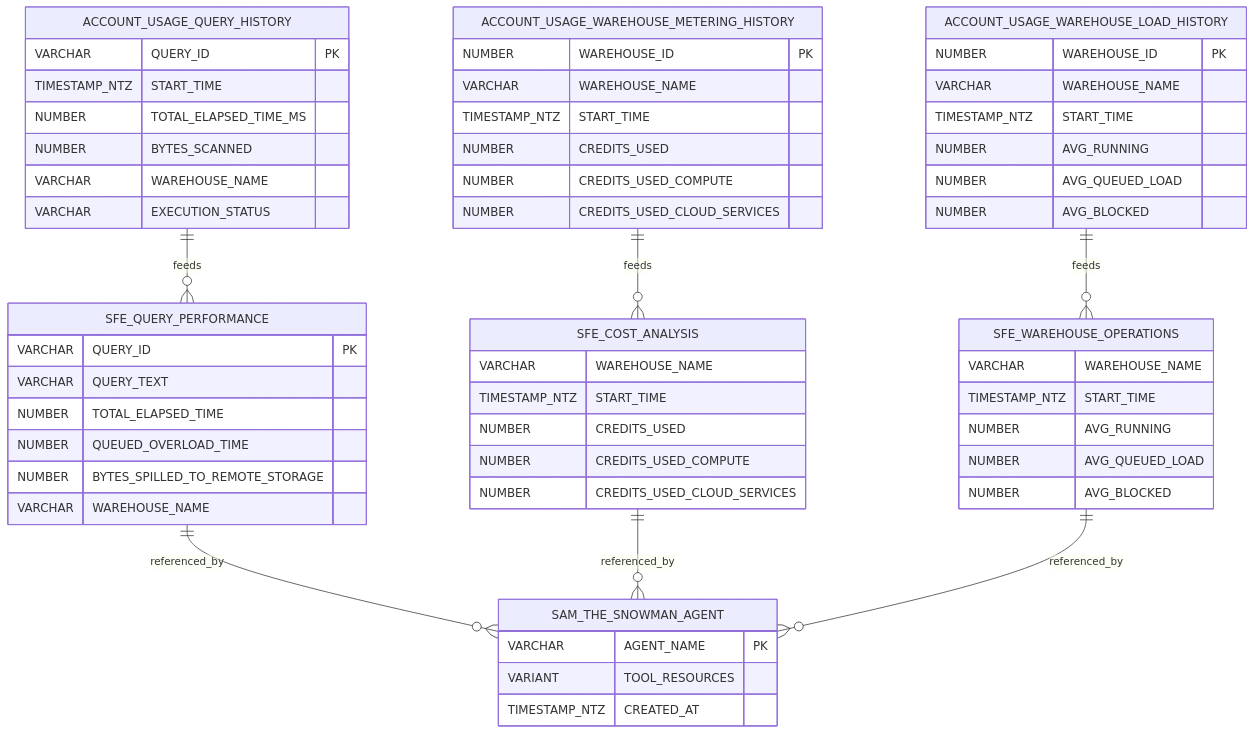
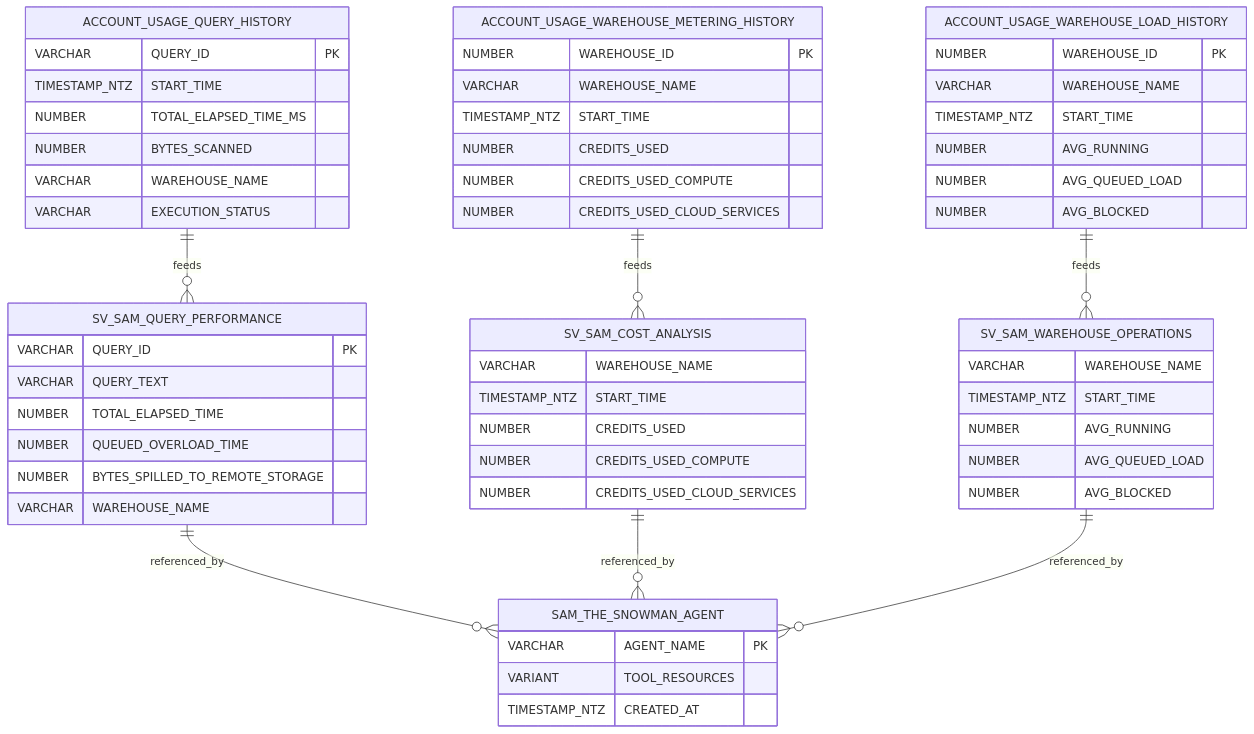
One commit to sfc-gh-miwhitaker/Sam-the-Snowman changed the diagram in diagrams/data-model.md. Above: the diagram before and after it, drawn with Mermaid. The commit also changed other lines of this file and 11 other files, not shown here.

````diff
--- a/diagrams/data-model.md
+++ b/diagrams/data-model.md
@@ -12,67 +16,67 @@
 ```mermaid
 erDiagram
-    ACCOUNT_USAGE_QUERY_HISTORY ||--o{ SFE_QUERY_PERFORMANCE : feeds
-    ACCOUNT_USAGE_WAREHOUSE_METERING_HISTORY ||--o{ SFE_COST_ANALYSIS : feeds
-    ACCOUNT_USAGE_WAREHOUSE_LOAD_HISTORY ||--o{ SFE_WAREHOUSE_OPERATIONS : feeds
-    SFE_QUERY_PERFORMANCE ||--o{ SAM_THE_SNOWMAN_AGENT : referenced_by
-    SFE_COST_ANALYSIS ||--o{ SAM_THE_SNOWMAN_AGENT : referenced_by
-    SFE_WAREHOUSE_OPERATIONS ||--o{ SAM_THE_SNOWMAN_AGENT : referenced_by
+    ACCOUNT_USAGE_QUERY_HISTORY ||--o{ SV_SAM_QUERY_PERFORMANCE : feeds
+    ACCOUNT_USAGE_WAREHOUSE_METERING_HISTORY ||--o{ SV_SAM_COST_ANALYSIS : feeds
+    ACCOUNT_USAGE_WAREHOUSE_LOAD_HISTORY ||--o{ SV_SAM_WAREHOUSE_OPERATIONS : feeds
+    SV_SAM_QUERY_PERFORMANCE ||--o{ SAM_THE_SNOWMAN_AGENT : referenced_by
+    SV_SAM_COST_ANALYSIS ||--o{ SAM_THE_SNOWMAN_AGENT : referenced_by
+    SV_SAM_WAREHOUSE_OPERATIONS ||--o{ SAM_THE_SNOWMAN_AGENT : referenced_by
 
     ACCOUNT_USAGE_QUERY_HISTORY {
         VARCHAR QUERY_ID PK
         TIMESTAMP_NTZ START_TIME
         NUMBER TOTAL_ELAPSED_TIME_MS
         NUMBER BYTES_SCANNED
         VARCHAR WAREHOUSE_NAME
         VARCHAR EXECUTION_STATUS
     }
 
     ACCOUNT_USAGE_WAREHOUSE_METERING_HISTORY {
         NUMBER WAREHOUSE_ID PK
         VARCHAR WAREHOUSE_NAME
         TIMESTAMP_NTZ START_TIME
         NUMBER CREDITS_USED
         NUMBER CREDITS_USED_COMPUTE
         NUMBER CREDITS_USED_CLOUD_SERVICES
     }
 
     ACCOUNT_USAGE_WAREHOUSE_LOAD_HISTORY {
         NUMBER WAREHOUSE_ID PK
         VARCHAR WAREHOUSE_NAME
         TIMESTAMP_NTZ START_TIME
         NUMBER AVG_RUNNING
         NUMBER AVG_QUEUED_LOAD
         NUMBER AVG_BLOCKED
     }
 
-    SFE_QUERY_PERFORMANCE {
+    SV_SAM_QUERY_PERFORMANCE {
         VARCHAR QUERY_ID PK
         VARCHAR QUERY_TEXT
         NUMBER TOTAL_ELAPSED_TIME
         NUMBER QUEUED_OVERLOAD_TIME
         NUMBER BYTES_SPILLED_TO_REMOTE_STORAGE
         VARCHAR WAREHOUSE_NAME
     }
 
-    SFE_COST_ANALYSIS {
+    SV_SAM_COST_ANALYSIS {
         VARCHAR WAREHOUSE_NAME
         TIMESTAMP_NTZ START_TIME
         NUMBER CREDITS_USED
         NUMBER CREDITS_USED_COMPUTE
         NUMBER CREDITS_USED_CLOUD_SERVICES
     }
 
-    SFE_WAREHOUSE_OPERATIONS {
+    SV_SAM_WAREHOUSE_OPERATIONS {
         VARCHAR WAREHOUSE_NAME
         TIMESTAMP_NTZ START_TIME
         NUMBER AVG_RUNNING
         NUMBER AVG_QUEUED_LOAD
         NUMBER AVG_BLOCKED
     }
 
     SAM_THE_SNOWMAN_AGENT {
         VARCHAR AGENT_NAME PK
         VARIANT TOOL_RESOURCES
         TIMESTAMP_NTZ CREATED_AT
     }
 ```
````
